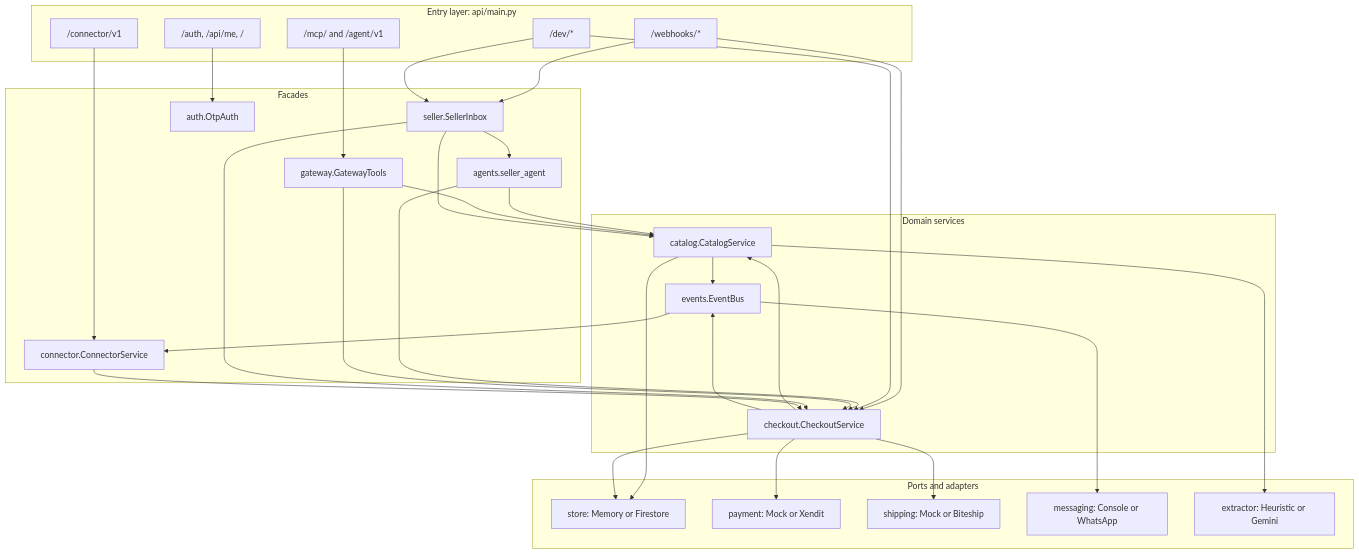
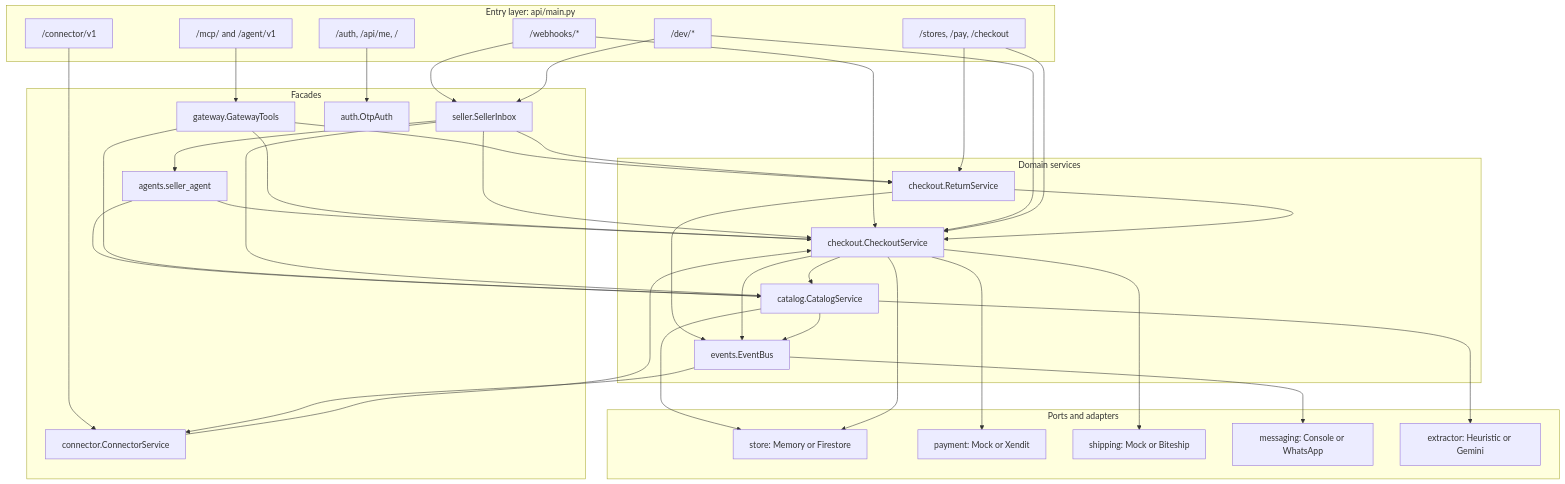
One commit to galihsatriawan/etalase changed the first of 5 diagrams in learn/architecture/overview.md. Above: the diagram before and after it, drawn with Mermaid. The commit also changed other lines of this file and 106 other files, not shown here.

````diff
--- a/learn/architecture/overview.md
+++ b/learn/architecture/overview.md
@@ -24,54 +24,62 @@
 ```mermaid
 flowchart TB
   subgraph Entry["Entry layer: api/main.py"]
     R1["/mcp/ and /agent/v1"]
     R2["/webhooks/*"]
     R3["/auth, /api/me, /"]
     R4["/connector/v1"]
     R5["/dev/*"]
+    R6["/stores, /pay, /checkout"]
   end
   subgraph Facades["Facades"]
     GW[gateway.GatewayTools]
     IN[seller.SellerInbox]
     AU[auth.OtpAuth]
     CN[connector.ConnectorService]
     SAG[agents.seller_agent]
   end
   subgraph Domain["Domain services"]
     CAT[catalog.CatalogService]
     CO[checkout.CheckoutService]
+    RT[checkout.ReturnService]
     EV[events.EventBus]
   end
   subgraph Ports["Ports and adapters"]
     ST["store: Memory or Firestore"]
     PAY["payment: Mock or Xendit"]
     SHP["shipping: Mock or Biteship"]
     MSG["messaging: Console or WhatsApp"]
     EXT["extractor: Heuristic or Gemini"]
   end
   R1 --> GW
   R2 --> IN
   R2 --> CO
   R3 --> AU
   R4 --> CN
   R5 --> IN
   R5 --> CO
+  R6 --> CO
+  R6 --> RT
+  GW --> RT
+  RT --> CO
+  RT --> EV
   IN --> SAG
+  IN --> RT
   SAG --> CAT
   SAG --> CO
   GW --> CAT
   GW --> CO
   IN --> CAT
   IN --> CO
   CN --> CO
   CO --> CAT
   CO --> EV
   CAT --> EV
   CAT --> EXT
   CAT --> ST
   CO --> ST
   CO --> PAY
   CO --> SHP
   EV --> MSG
   EV --> CN
 ```
````
